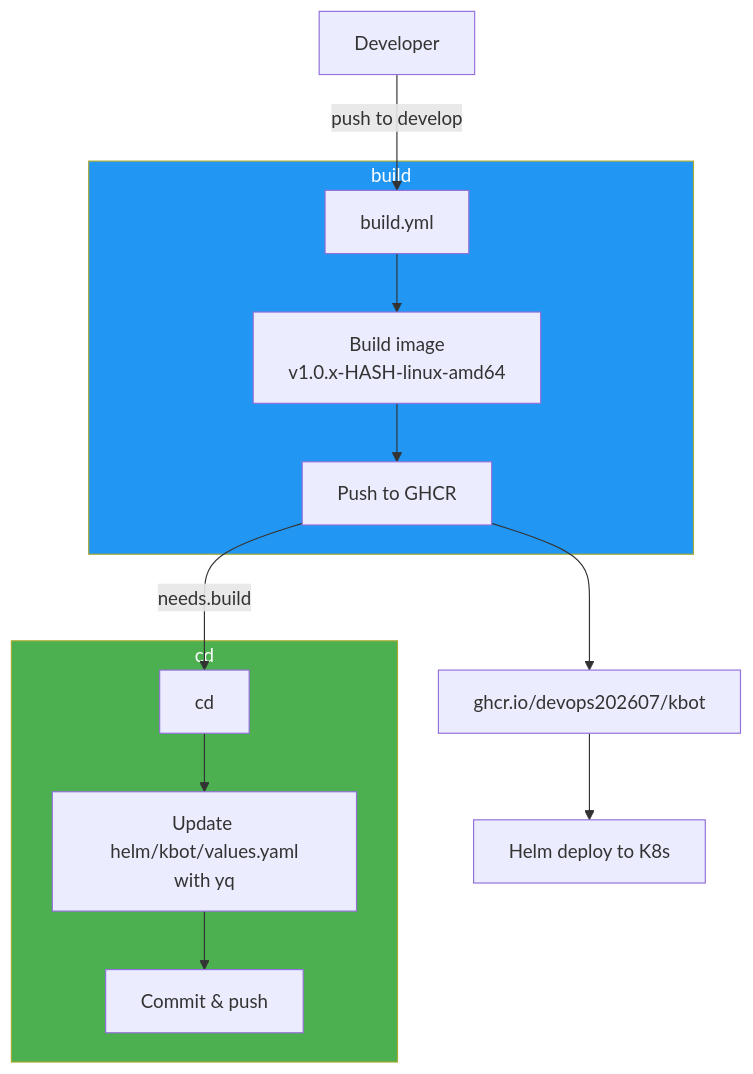
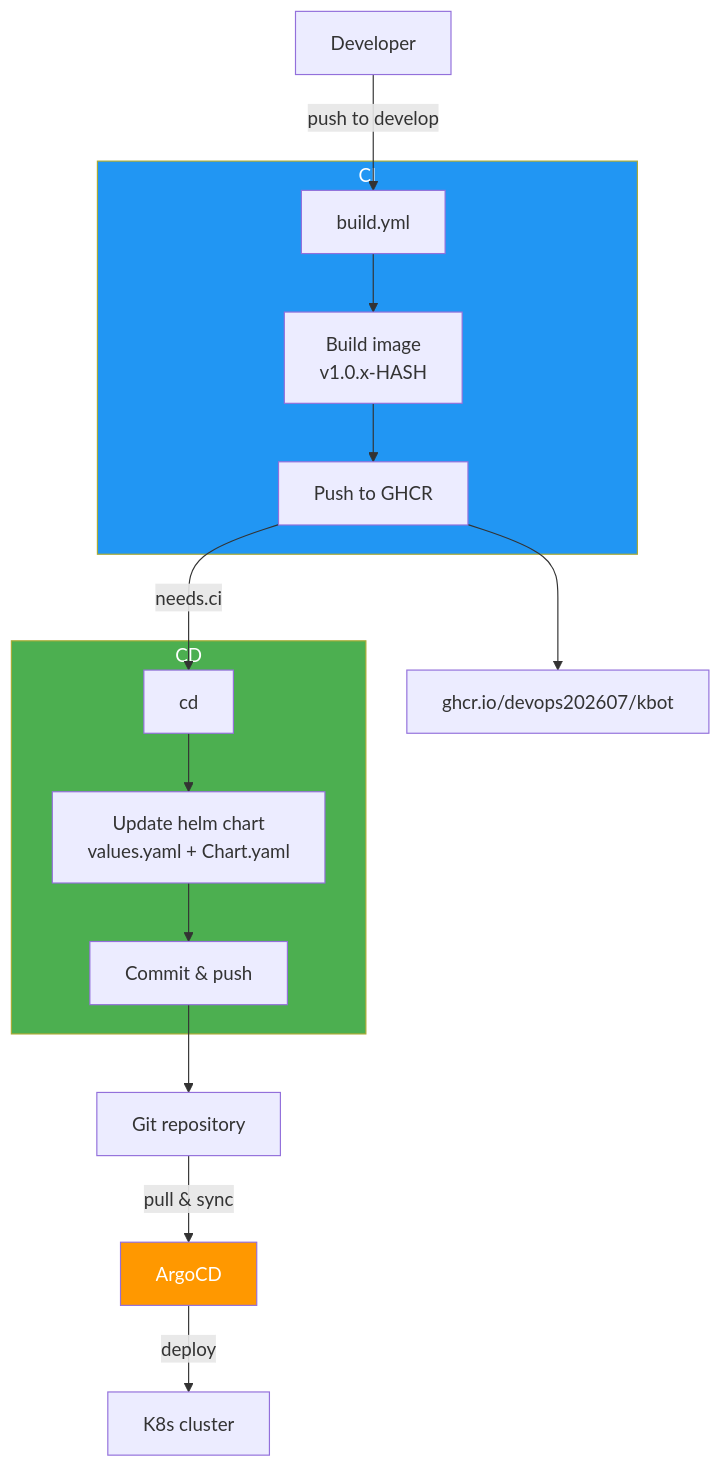
One commit to devops202607/kbot changed the diagram in README.md. Above: the diagram before and after it, drawn with Mermaid.

Commit message:
docs: update workflow diagram - show ArgoCD pull model

````diff
--- a/README.md
+++ b/README.md
@@ -13,22 +13,26 @@
 ```mermaid
 flowchart TD
     A[Developer] -->|push to develop| B[build.yml]
 
-    subgraph build
-        B --> C[Build image<br/>v1.0.x-HASH-linux-amd64]
+    subgraph ci [CI]
+        B --> C[Build image<br/>v1.0.x-HASH]
         C --> D[Push to GHCR]
     end
 
-    D -->|needs.build| E[cd]
+    D -->|needs.ci| E[cd]
 
-    subgraph cd
-        E --> F[Update helm/kbot/values.yaml<br/>with yq]
+    subgraph cd [CD]
+        E --> F[Update helm chart<br/>values.yaml + Chart.yaml]
         F --> G[Commit & push]
     end
 
-    D --> H[ghcr.io/devops202607/kbot]
-    H --> I[Helm deploy to K8s]
+    G --> H[Git repository]
+    H -->|pull & sync| I[ArgoCD]
+    I -->|deploy| J[K8s cluster]
 
-    style build fill:#2196f3,color:#fff
+    D --> K[ghcr.io/devops202607/kbot]
+
+    style ci fill:#2196f3,color:#fff
     style cd fill:#4caf50,color:#fff
+    style I fill:#ff9800,color:#fff
 ```
````
